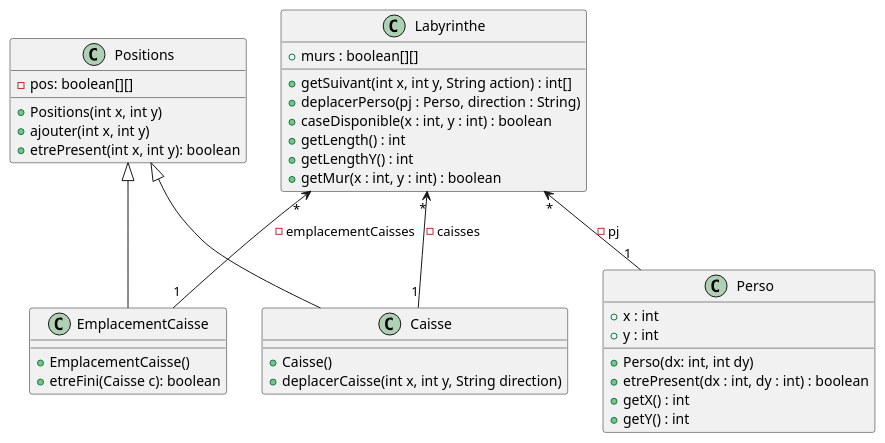
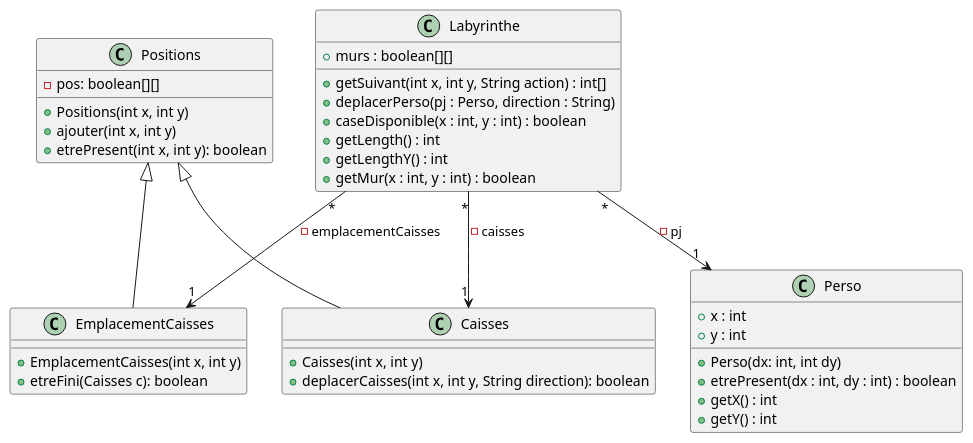
Before and after one commit to Flotss/Zeldiablo: the diagram in documents/version_3/Modification du diagramme de classe de Labyrinthe.puml, drawn with PlantUML. The commit also changed 1 other file, not shown here.

Commit message:
correction diagramme

```diff
--- a/documents/version_3/Modification du diagramme de classe de Labyrinthe.puml
+++ b/documents/version_3/Modification du diagramme de classe de Labyrinthe.puml
@@ -1,46 +1,46 @@
 @startuml
 
 class Labyrinthe{
     + murs : boolean[][]
     + getSuivant(int x, int y, String action) : int[]
     + deplacerPerso(pj : Perso, direction : String)
     + caseDisponible(x : int, y : int) : boolean
     + getLength() : int
     + getLengthY() : int
     + getMur(x : int, y : int) : boolean
 }
 
 class Positions{
     - pos: boolean[][]
     + Positions(int x, int y)
     + ajouter(int x, int y)
     + etrePresent(int x, int y): boolean
 }
 
-class Caisse {
-    + Caisse()
-    + deplacerCaisse(int x, int y, String direction)
+class Caisses {
+    + Caisses(int x, int y)
+    + deplacerCaisses(int x, int y, String direction): boolean
 }
 
-class EmplacementCaisse {
-    + EmplacementCaisse()
-    + etreFini(Caisse c): boolean
+class EmplacementCaisses {
+    + EmplacementCaisses(int x, int y)
+    + etreFini(Caisses c): boolean
 }
 
 class Perso {
     + x : int
     + y : int
     + Perso(dx: int, int dy)
     + etrePresent(dx : int, dy : int) : boolean
     + getX() : int
     + getY() : int
 }
-Labyrinthe "*" <-- "1" Perso : - pj
+Labyrinthe "*" --> "1" Perso : - pj
 
-Labyrinthe "*" <-- "1" Caisse : - caisses
+Labyrinthe "*" --> "1" Caisses : - caisses
 
-Labyrinthe "*" <-- "1" EmplacementCaisse : - emplacementCaisses
+Labyrinthe "*" --> "1" EmplacementCaisses : - emplacementCaisses
 
-Positions <|-- Caisse
-Positions <|-- EmplacementCaisse
+Positions <|-- Caisses
+Positions <|-- EmplacementCaisses
 @enduml
```
